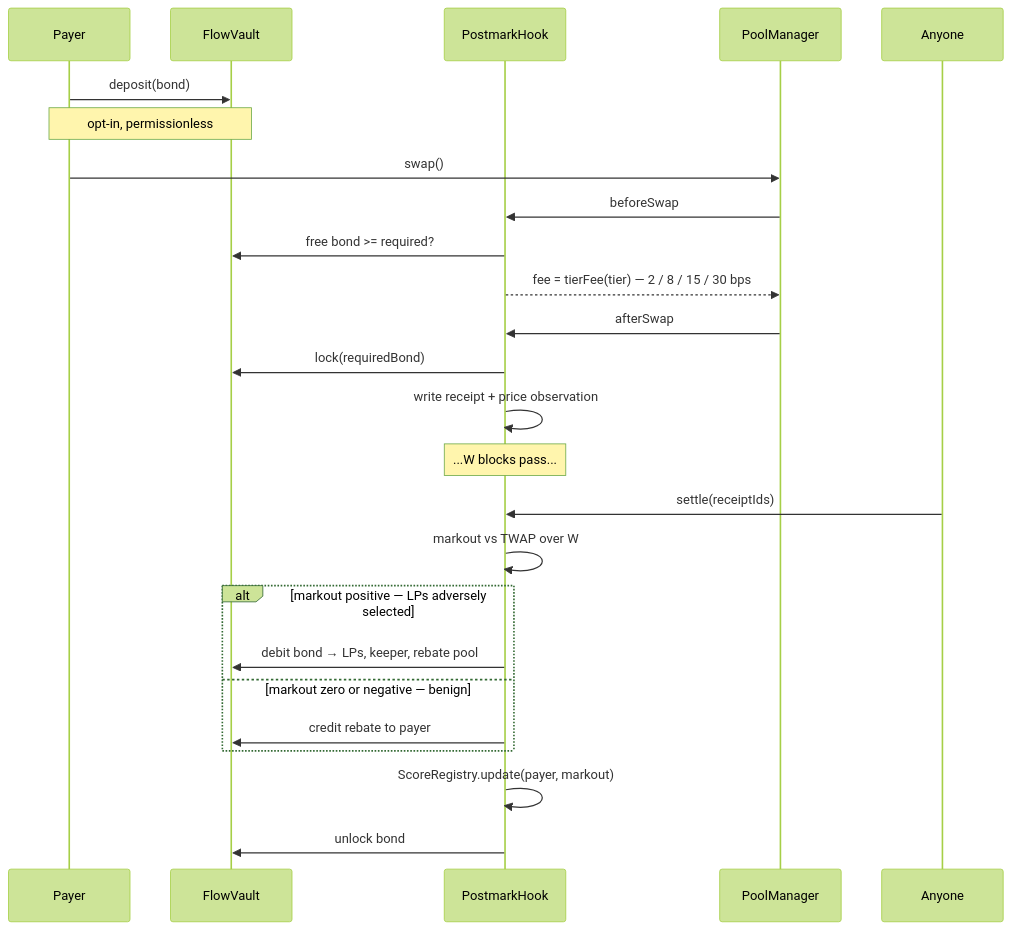
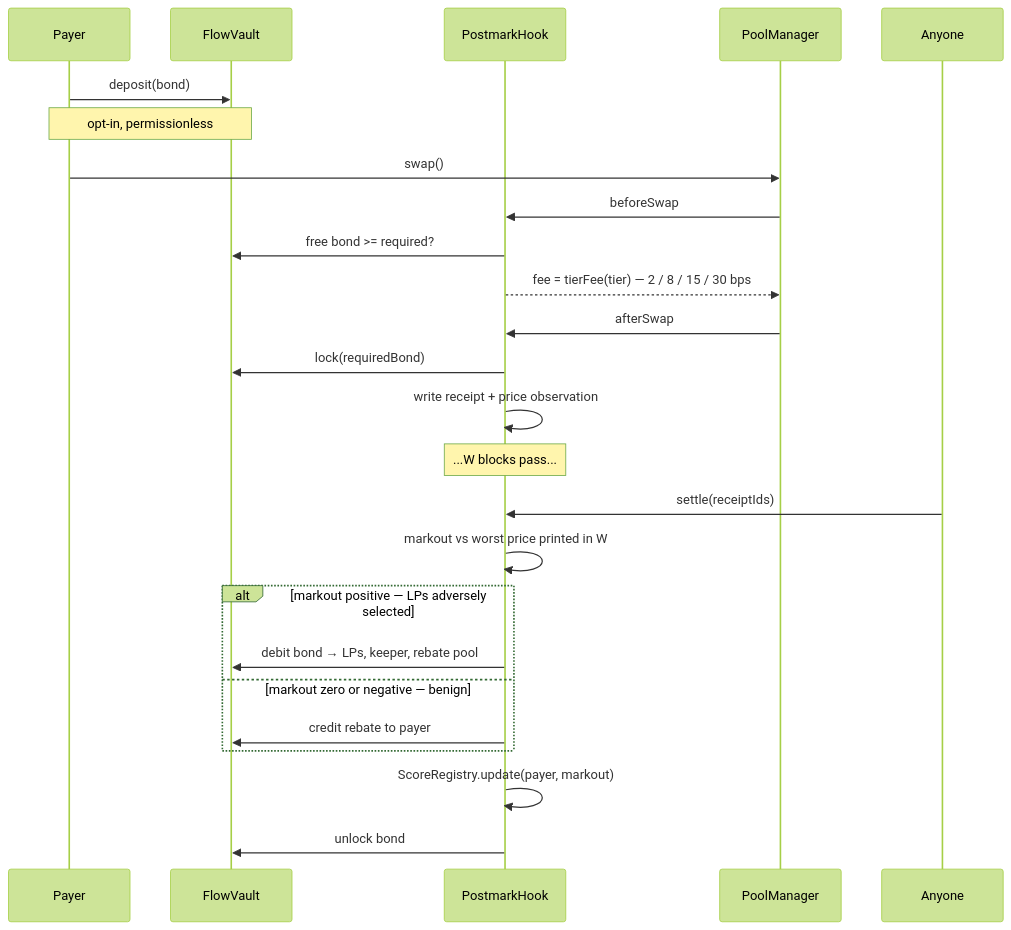
One commit to TechnicallyKiller/postmark changed the diagram in README.md. Above: the diagram before and after it, drawn with Mermaid (forest theme). The commit also changed other lines of this file, not shown here.

````diff
--- a/README.md
+++ b/README.md
@@ -32,28 +32,28 @@
 ```mermaid
 sequenceDiagram
     participant P as Payer
     participant V as FlowVault
     participant H as PostmarkHook
     participant PM as PoolManager
     participant K as Anyone
 
     P->>V: deposit(bond)
     Note over P,V: opt-in, permissionless
     P->>PM: swap()
     PM->>H: beforeSwap
     H->>V: free bond >= required?
     H-->>PM: fee = tierFee(tier) — 2 / 8 / 15 / 30 bps
     PM->>H: afterSwap
     H->>V: lock(requiredBond)
     H->>H: write receipt + price observation
     Note over H: ...W blocks pass...
     K->>H: settle(receiptIds)
-    H->>H: markout vs TWAP over W
+    H->>H: markout vs worst price printed in W
     alt markout positive — LPs adversely selected
         H->>V: debit bond → LPs, keeper, rebate pool
     else markout zero or negative — benign
         H->>V: credit rebate to payer
     end
     H->>H: ScoreRegistry.update(payer, markout)
     H->>V: unlock bond
 ```
````
